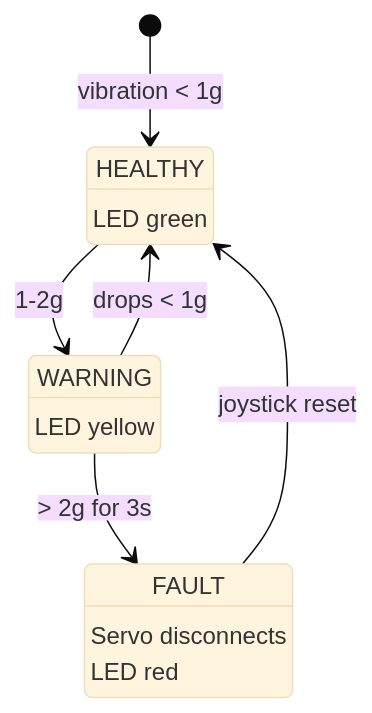
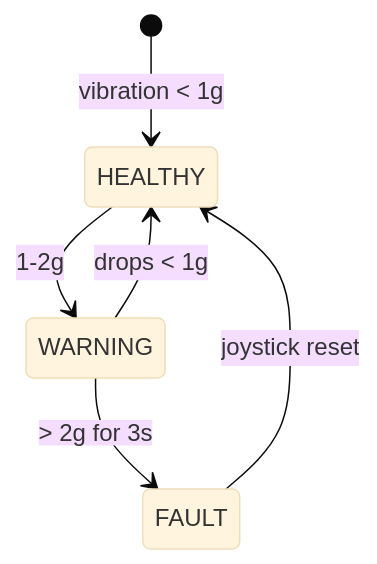
One commit to doyun-gu/hack-a-bot-2026 changed the fourth of 11 diagrams in docs/gridbox-proposal.md. Above: the diagram before and after it, drawn with Mermaid (base theme). The commit also changed other lines of this file, not shown here.

````diff
--- a/docs/gridbox-proposal.md
+++ b/docs/gridbox-proposal.md
@@ -188,21 +130,10 @@
 ```mermaid
 stateDiagram-v2
     [*] --> HEALTHY: vibration < 1g
 
-    HEALTHY: HEALTHY
-    HEALTHY: LED green
-
     HEALTHY --> WARNING: 1-2g
-
-    WARNING: WARNING
-    WARNING: LED yellow
-
     WARNING --> HEALTHY: drops < 1g
     WARNING --> FAULT: > 2g for 3s
 
-    FAULT: FAULT
-    FAULT: Servo disconnects
-    FAULT: LED red
-
     FAULT --> HEALTHY: joystick reset
 ```
````
